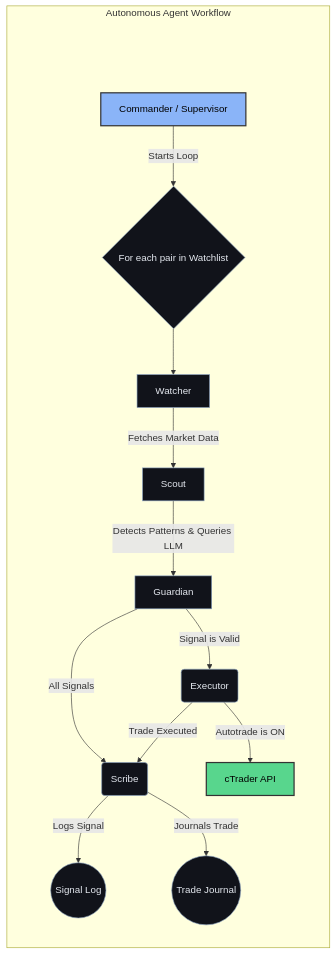
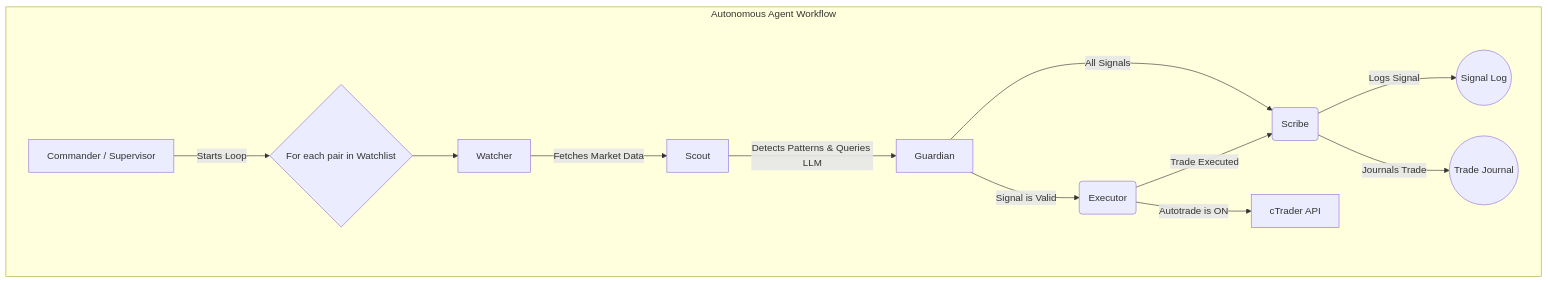
The diagram in README.md (maghdam/GenAI-MultiAgent-TradingSystem), drawn with Mermaid before and after one commit. The commit also changed other lines of this file and 30 other files, not shown here.

`````diff
--- a/README.md
+++ b/README.md
@@ -117,28 +59,15 @@
 ```mermaid
 graph TD
-    subgraph "Autonomous Agent Workflow"
-        direction TB
-
-        %% Invisible node for spacing
-        spacer( ):::hidden
-        spacer ~~~ A
-
-        A[Commander / Supervisor] -- "Starts Loop" --> B{For each pair in Watchlist};
-        B --> C[Watcher];
-        C -- "Fetches Market Data" --> D[Scout];
-        D -- "Detects Patterns & Queries LLM" --> E[Guardian];
-        
-        E -- "All Signals" --> F(Scribe);
-        F -- "Logs Signal" --> G((Signal Log));
-        
-        E -- "Signal is Valid" --> H(Executor);
-        H -- "Autotrade is ON" --> I[cTrader API];
-        H -- "Trade Executed" --> F;
-        F -- "Journals Trade" --> J((Trade Journal));
-    end
-
-    classDef hidden fill:none,stroke:none;
-    style A fill:#8ab4f8,stroke:#333,stroke-width:2px,color:#000
-    style I fill:#58d68d,stroke:#333,stroke-width:2px,color:#000
-    classDef default fill:#11131a,stroke:#8aa1c1,color:#e5e9f0;
-```
+  subgraph "Autonomous Agent Workflow"
+    A[Commander / Supervisor] -- "Starts Loop" --> B{For each pair in Watchlist}
+    B --> C[Watcher]
+    C -- "Fetches Market Data" --> D[Scout]
+    D -- "Detects Patterns & Queries LLM" --> E[Guardian]
+    E -- "All Signals" --> F(Scribe)
+    F -- "Logs Signal" --> G((Signal Log))
+    E -- "Signal is Valid" --> H(Executor)
+    H -- "Autotrade is ON" --> I[cTrader API]
+    H -- "Trade Executed" --> F
+    F -- "Journals Trade" --> J((Trade Journal))
+  end
+````
`````
